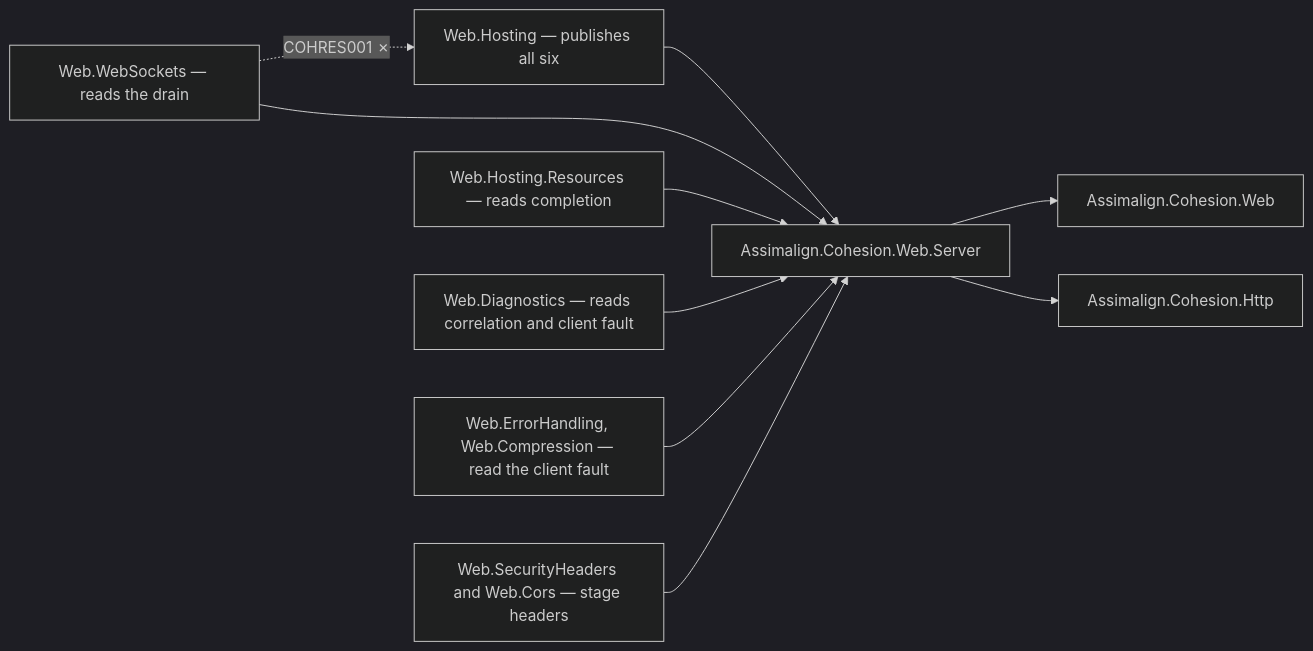
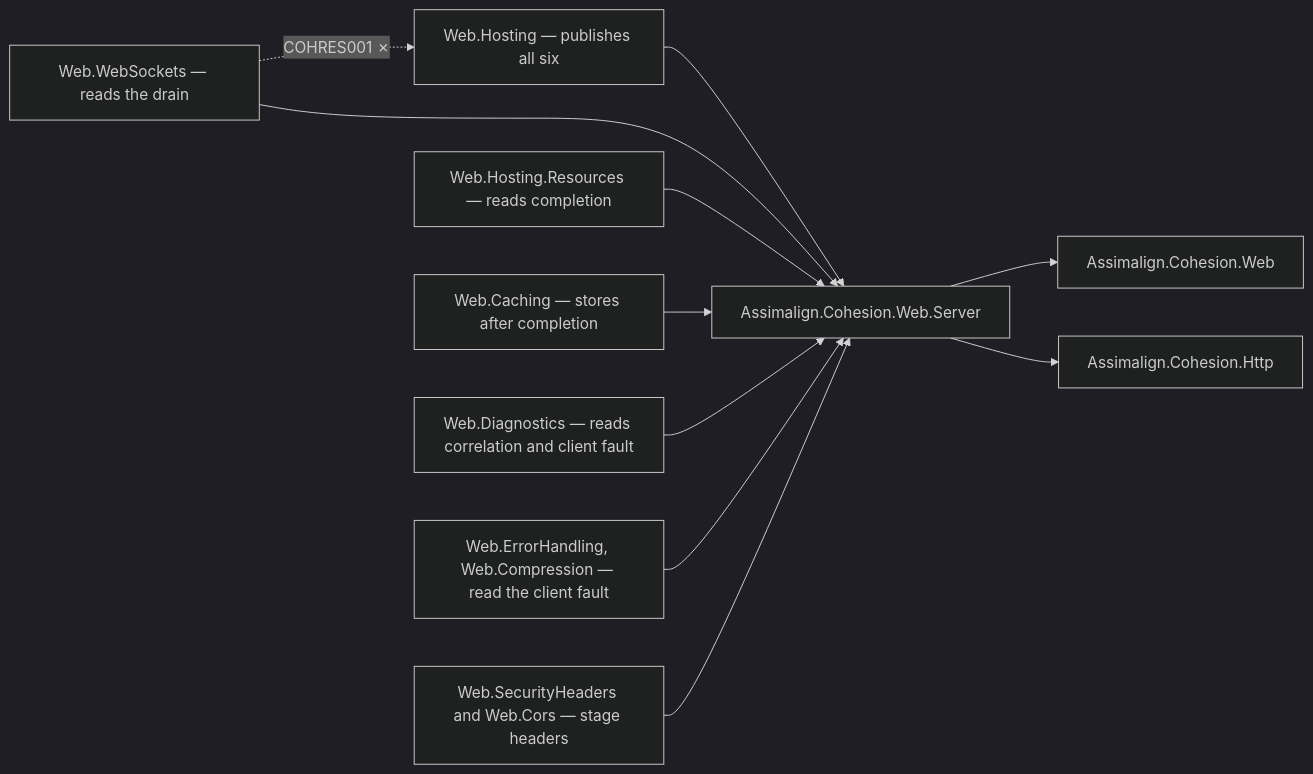
The diagram in resources/Web/Assimalign.Cohesion.Web.Server/docs/DESIGN.md (assimalign/cohesion), drawn with Mermaid (dark theme) before and after one commit. The commit also changed other lines of this file and 8 other files, not shown here.

First line of the commit message:
fix(web.caching): store only successfully completed responses [L03.01.01.29]

````diff
--- a/resources/Web/Assimalign.Cohesion.Web.Server/docs/DESIGN.md
+++ b/resources/Web/Assimalign.Cohesion.Web.Server/docs/DESIGN.md
@@ -27,12 +27,13 @@
 ```mermaid
 flowchart LR
     Server["Assimalign.Cohesion.Web.Server"] --> Root["Assimalign.Cohesion.Web"]
     Server --> Http["Assimalign.Cohesion.Http"]
     Hosting["Web.Hosting — publishes all six"] --> Server
     WebSockets["Web.WebSockets — reads the drain"] --> Server
     Resources["Web.Hosting.Resources — reads completion"] --> Server
+    Caching["Web.Caching — stores after completion"] --> Server
     Logging["Web.Diagnostics — reads correlation and client fault"] --> Server
     Faults["Web.ErrorHandling, Web.Compression — read the client fault"] --> Server
     Headers["Web.SecurityHeaders and Web.Cors — stage headers"] --> Server
     WebSockets -.->|"COHRES001 ✗"| Hosting
 ```
````
